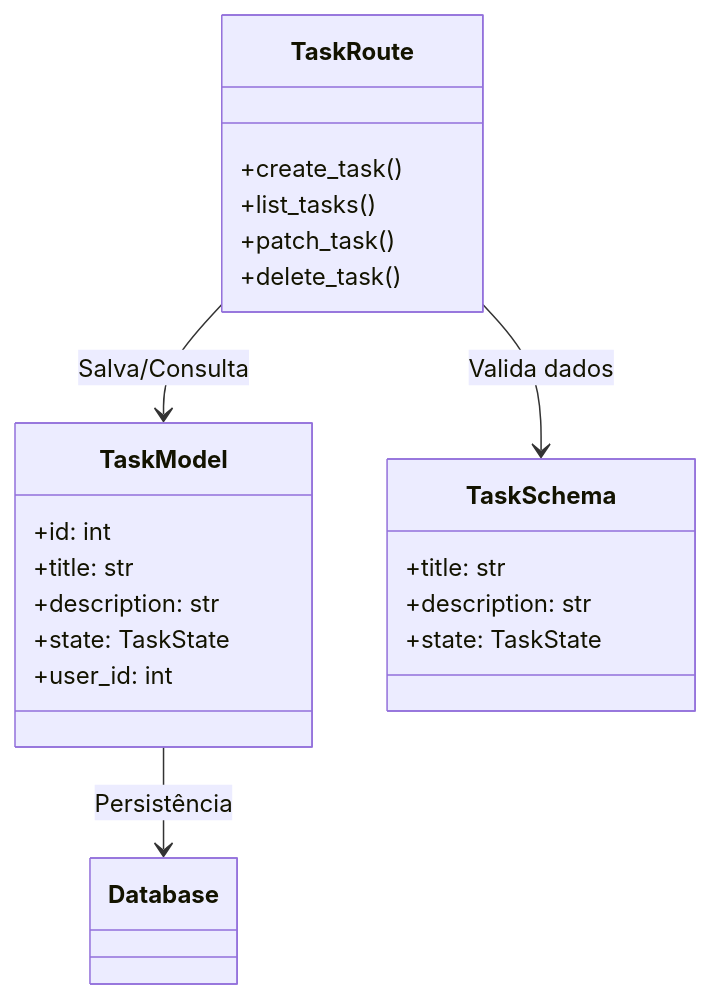
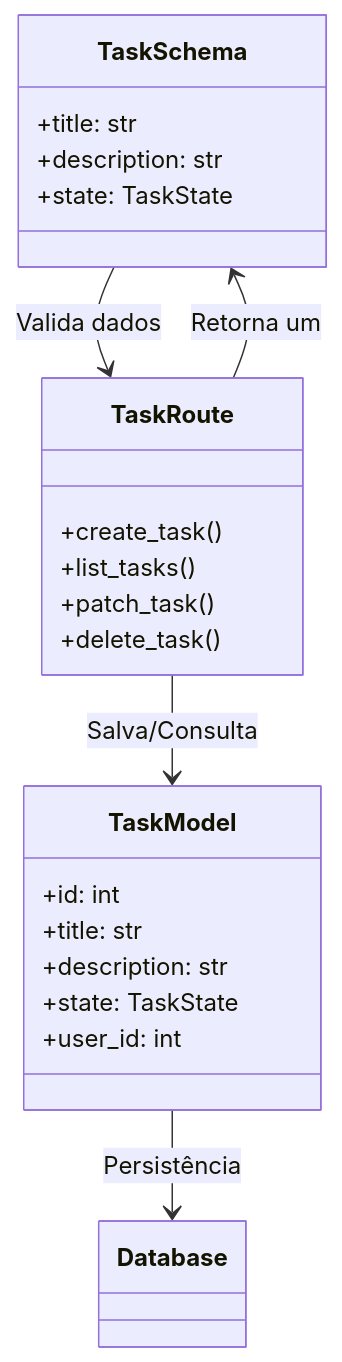
Before and after one commit to Nicknamedlc/crud-task-api: the second of 4 diagrams in README.md, drawn with Mermaid. The commit also changed other lines of this file, not shown here.

````diff
--- a/README.md
+++ b/README.md
@@ -72,30 +66,31 @@
 ```mermaid
 classDiagram
     class TaskModel {
         +id: int
         +title: str
         +description: str
         +state: TaskState
         +user_id: int
     }
 
     class TaskSchema {
         +title: str
         +description: str
         +state: TaskState
     }
 
     class TaskRoute {
         +create_task()
         +list_tasks()
         +patch_task()
         +delete_task()
     }
 
-    TaskRoute --> TaskSchema : Valida dados
+    TaskSchema --> TaskRoute : Valida dados
     TaskRoute --> TaskModel : Salva/Consulta
+    TaskRoute --> TaskSchema : Retorna um
     TaskModel --> Database : Persistência
     
     
     
 ```
````
